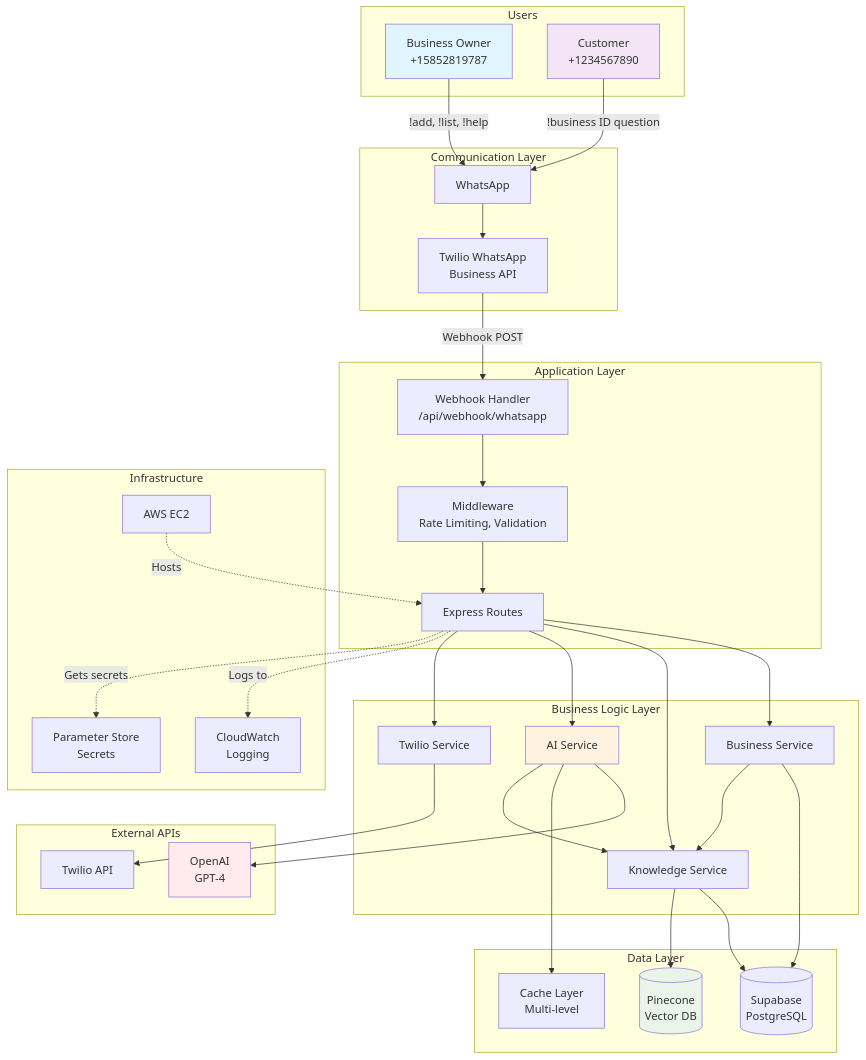
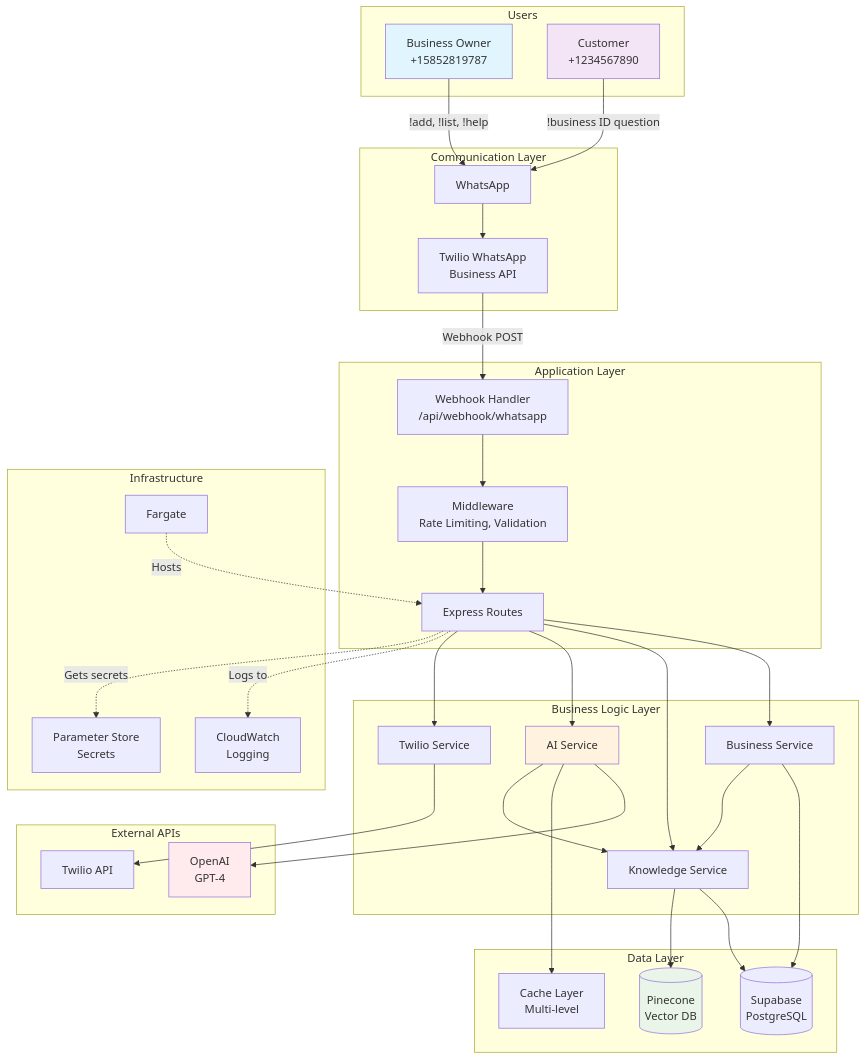
Before and after one commit to ravikalla/ai-small-business-customercare: the first of 7 diagrams in docs/ARCHITECTURE_OVERVIEW.md, drawn with Mermaid. The commit also changed other lines of this file, not shown here.

Commit message:
Update ARCHITECTURE_OVERVIEW.md
Updated the webhook/API processing to Fargate instead of EC2 as that is a feature coming up very soon

````diff
--- a/docs/ARCHITECTURE_OVERVIEW.md
+++ b/docs/ARCHITECTURE_OVERVIEW.md
@@ -22,73 +22,73 @@
 ```mermaid
 graph TB
     subgraph "Users"
         BU[Business Owner<br/>+15852819787]
         CU[Customer<br/>+1234567890]
     end
     
     subgraph "Communication Layer"
         WA[WhatsApp]
         TW[Twilio WhatsApp<br/>Business API]
     end
     
     subgraph "Application Layer"
         WH[Webhook Handler<br/>/api/webhook/whatsapp]
         RT[Express Routes]
         MW[Middleware<br/>Rate Limiting, Validation]
     end
     
     subgraph "Business Logic Layer"
         BS[Business Service]
         KS[Knowledge Service] 
         AS[AI Service]
         TWS[Twilio Service]
     end
     
     subgraph "Data Layer"
         SB[(Supabase<br/>PostgreSQL)]
         PC[(Pinecone<br/>Vector DB)]
         CH[Cache Layer<br/>Multi-level]
     end
     
     subgraph "External APIs"
         OAI[OpenAI<br/>GPT-4]
         TWA[Twilio API]
     end
     
     subgraph "Infrastructure"
-        EC2[AWS EC2]
+        EC2[Fargate]
         CW[CloudWatch<br/>Logging]
         PS[Parameter Store<br/>Secrets]
     end
     
     BU -->|!add, !list, !help| WA
     CU -->|!business ID question| WA
     WA --> TW
     TW -->|Webhook POST| WH
     WH --> MW
     MW --> RT
     RT --> BS
     RT --> KS
     RT --> AS
     
     BS --> SB
     KS --> SB
     KS --> PC
     AS --> OAI
     AS --> CH
     TWS --> TWA
     
     BS --> KS
     AS --> KS
     RT --> TWS
     
     EC2 -.->|Hosts| RT
     RT -.->|Logs to| CW
     RT -.->|Gets secrets| PS
     
     style BU fill:#e1f5fe
     style CU fill:#f3e5f5
     style AS fill:#fff3e0
     style PC fill:#e8f5e8
     style OAI fill:#ffebee
 ```
````
